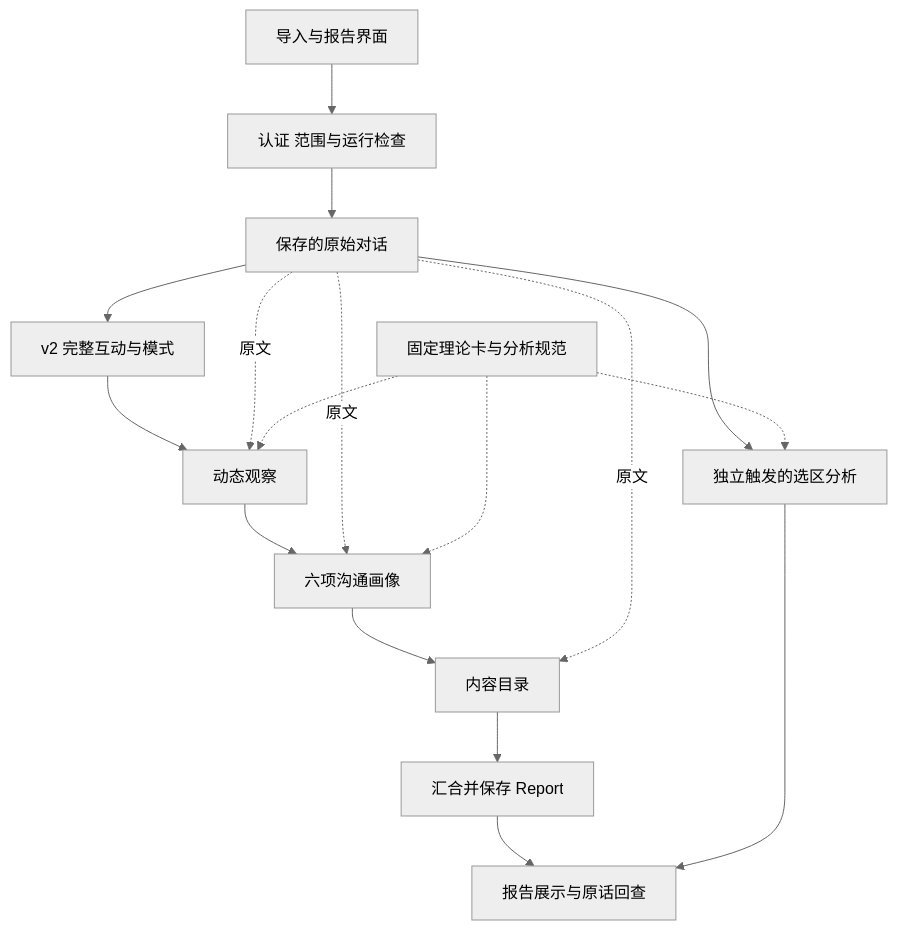
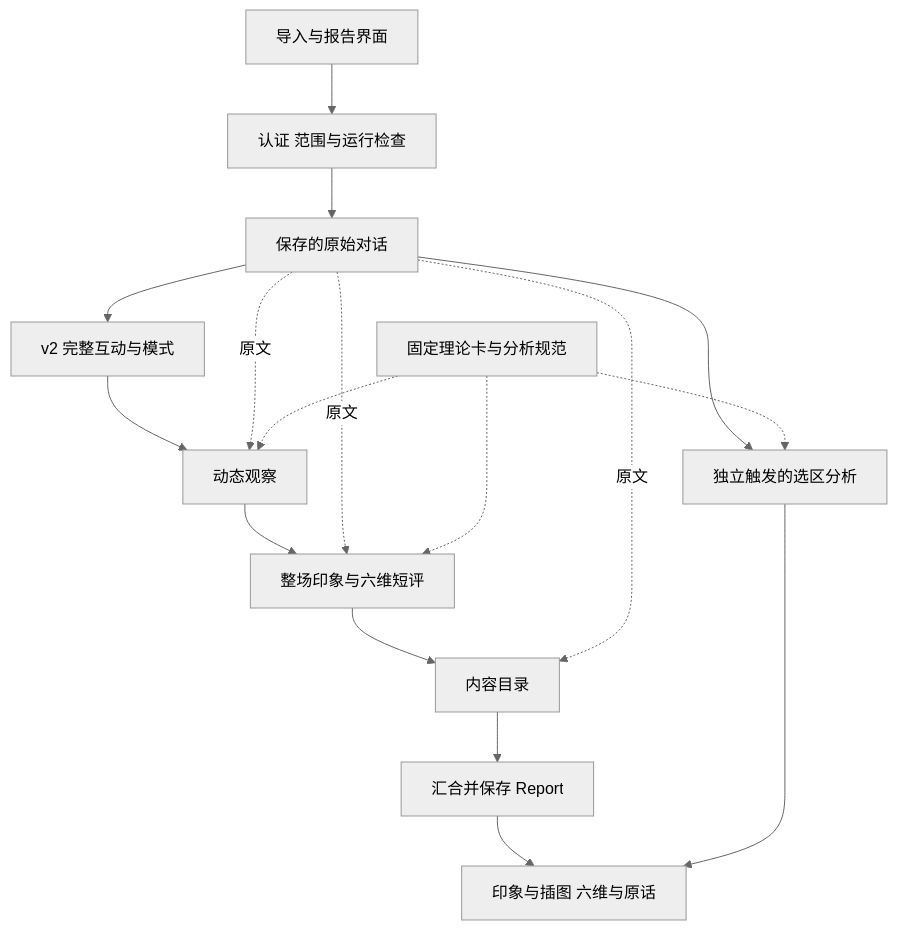
Before and after one commit to soflanx/conversation-mirror-design: the first of 2 diagrams in docs/architecture.md, drawn with Mermaid (neutral theme). The commit also changed other lines of this file and 3 other files, not shown here.

````diff
--- a/docs/architecture.md
+++ b/docs/architecture.md
@@ -22,19 +22,19 @@
 ```mermaid
 flowchart TB
     UI[导入与报告界面] --> API[认证 范围与运行检查]
     API --> SRC[保存的原始对话]
     SRC --> V2[v2 完整互动与模式]
     V2 --> DYN[动态观察]
-    DYN --> IMP[六项沟通画像]
+    DYN --> IMP[整场印象与六维短评]
     IMP --> CH[内容目录]
     CH --> SAVE[汇合并保存 Report]
-    SAVE --> VIEW[报告展示与原话回查]
+    SAVE --> VIEW[印象与插图 六维与原话]
     SRC -. 原文 .-> DYN
     SRC -. 原文 .-> IMP
     SRC -. 原文 .-> CH
     K[固定理论卡与分析规范] -.-> DYN
     K -.-> IMP
     SRC --> SEL[独立触发的选区分析]
     K -.-> SEL
     SEL --> VIEW
 ```
````
